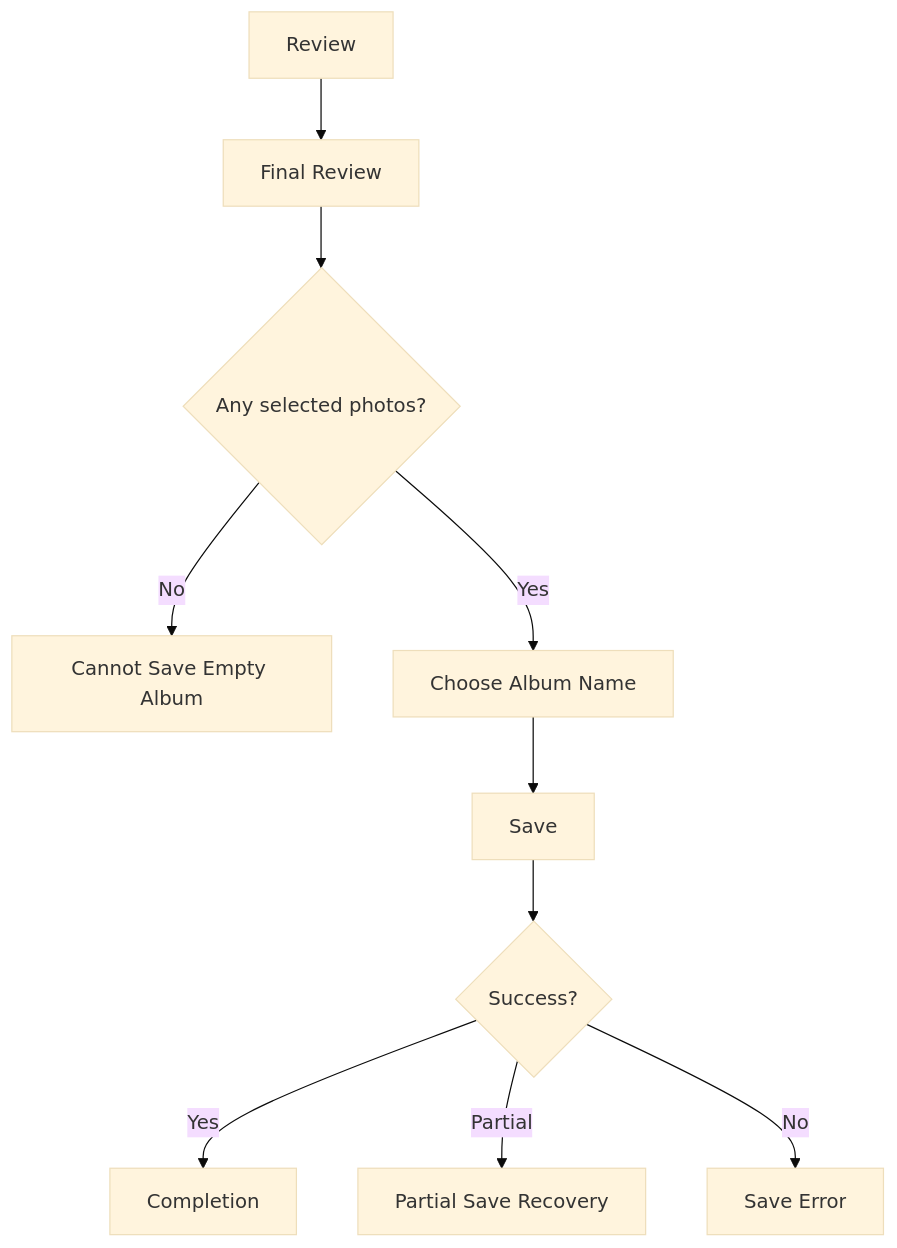
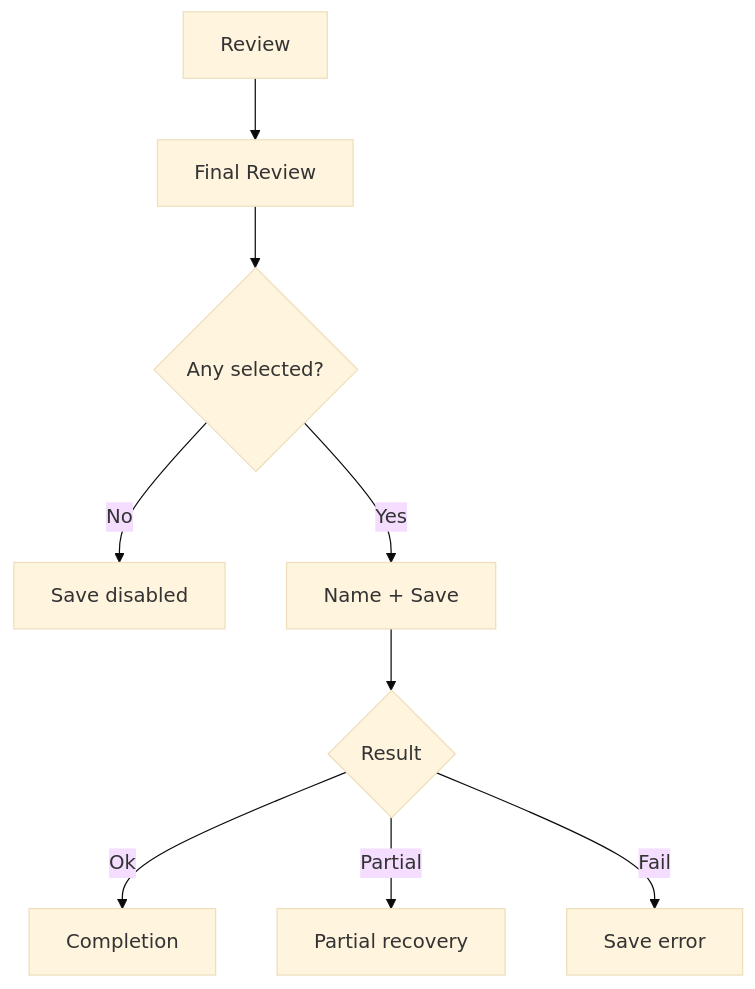
One commit to tungxuan1656/photo-curator changed the fourth of 4 diagrams in docs/product/02-ux-flows.md. Above: the diagram before and after it, drawn with Mermaid (base theme). The commit also changed other lines of this file and 14 other files, not shown here.

````diff
--- a/docs/product/02-ux-flows.md
+++ b/docs/product/02-ux-flows.md
@@ -1297,12 +500,11 @@
 ```mermaid
 flowchart TD
     A[Review] --> B[Final Review]
-    B --> C{Any selected photos?}
-    C -- No --> D[Cannot Save Empty Album]
-    C -- Yes --> E[Choose Album Name]
-    E --> F[Save]
-    F --> G{Success?}
-    G -- Yes --> H[Completion]
-    G -- Partial --> I[Partial Save Recovery]
-    G -- No --> J[Save Error]
+    B --> C{Any selected?}
+    C -- No --> D[Save disabled]
+    C -- Yes --> E[Name + Save]
+    E --> F{Result}
+    F -- Ok --> H[Completion]
+    F -- Partial --> I[Partial recovery]
+    F -- Fail --> J[Save error]
 ```
````
